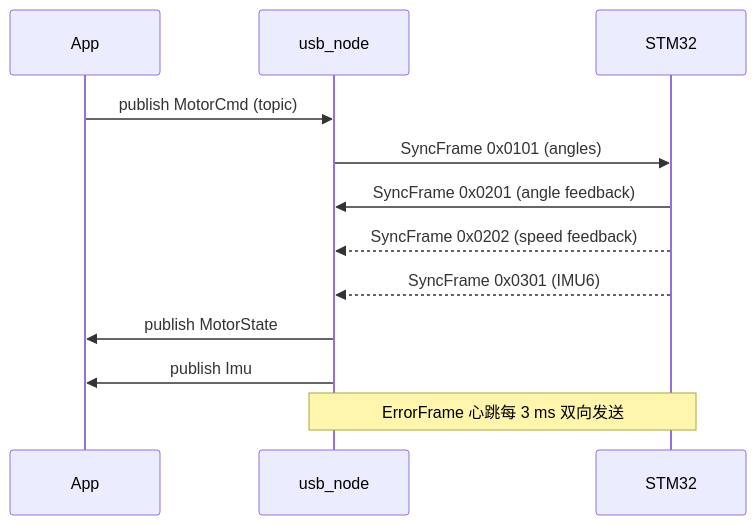
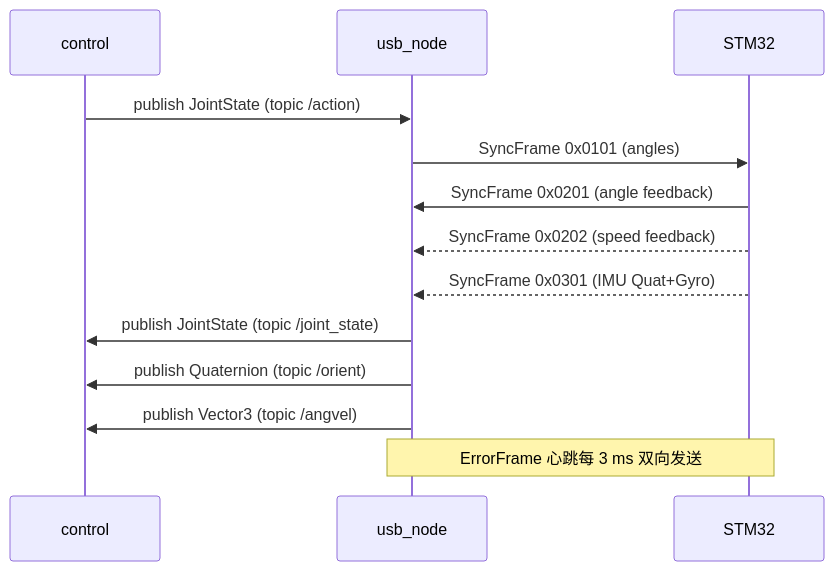
The diagram in ares_usb_comm_design.md (POLARbearwow/ARESdog_ws), drawn with Mermaid before and after one commit. The commit also changed other lines of this file and 6 other files, not shown here.

````diff
--- a/ares_usb_comm_design.md
+++ b/ares_usb_comm_design.md
@@ -124,15 +127,16 @@
 ```mermaid
 sequenceDiagram
-    participant App
+    participant control
     participant usb_node
     participant STM32
 
-    App->>usb_node: publish MotorCmd (topic)
+    control->>usb_node: publish JointState (topic /action)
     usb_node->>STM32: SyncFrame 0x0101 (angles)
     STM32->>usb_node: SyncFrame 0x0201 (angle feedback)
     STM32-->>usb_node: SyncFrame 0x0202 (speed feedback)
-    STM32-->>usb_node: SyncFrame 0x0301 (IMU6)
-    usb_node->>App: publish MotorState
-    usb_node->>App: publish Imu
+    STM32-->>usb_node: SyncFrame 0x0301 (IMU Quat+Gyro)
+    usb_node->>control: publish JointState (topic /joint_state)
+    usb_node->>control: publish Quaternion (topic /orient)
+    usb_node->>control: publish Vector3 (topic /angvel)
     Note over usb_node,STM32: ErrorFrame 心跳每 3 ms 双向发送
 ```
````
